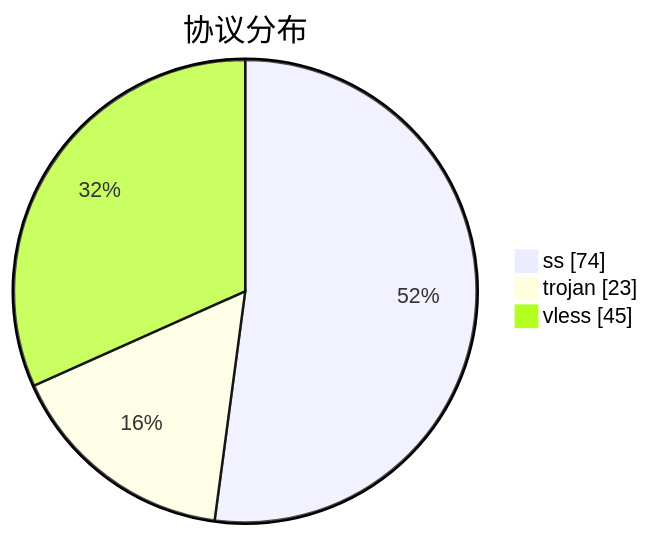
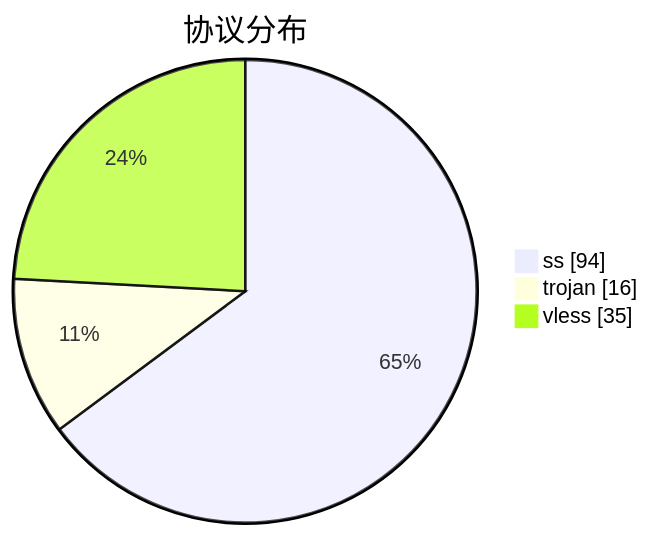
Before and after one commit to qjlxg/airport: the third of 3 diagrams in subs/statistics/tested_within.md, drawn with Mermaid. The commit also changed other lines of this file and 2 other files, not shown here.

````diff
--- a/subs/statistics/tested_within.md
+++ b/subs/statistics/tested_within.md
@@ -27,7 +31,7 @@
 ```mermaid
 pie showData
 title 协议分布
-"ss" : 74
-"trojan" : 23
-"vless" : 45
+"ss" : 94
+"trojan" : 16
+"vless" : 35
 ```
````
